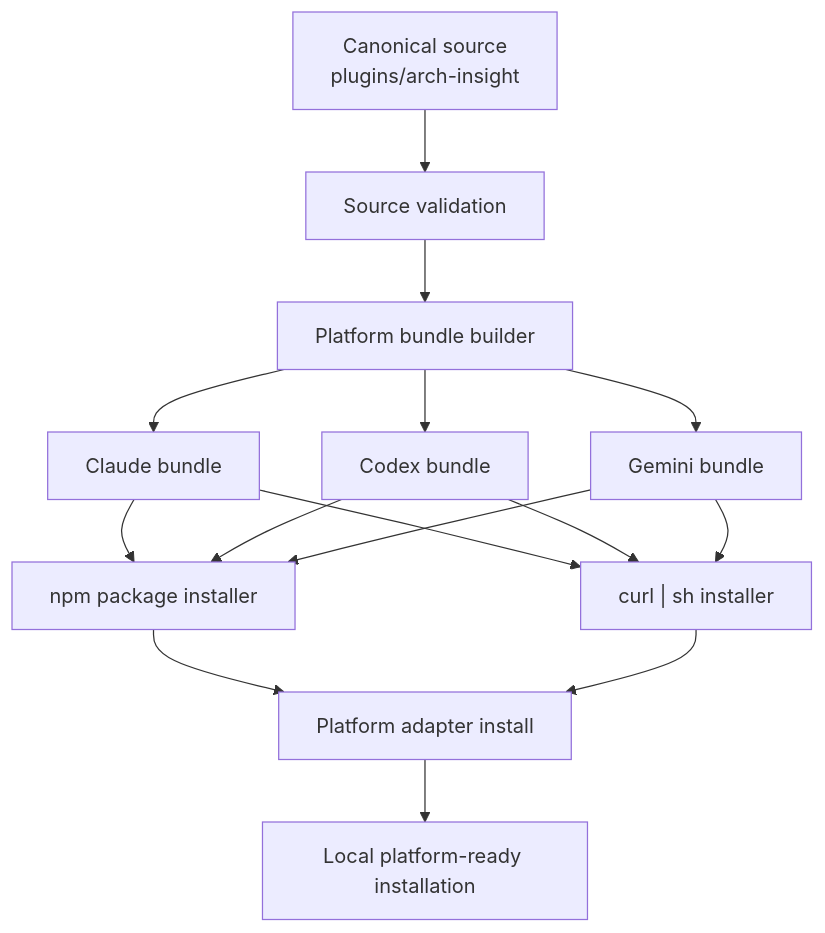
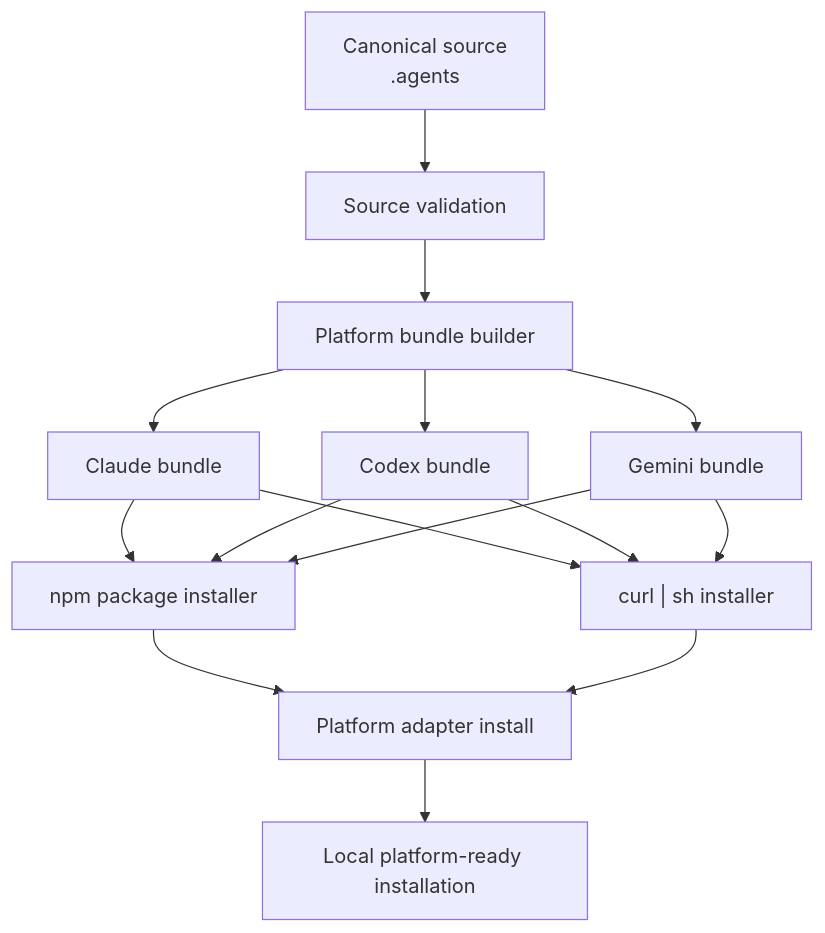
One commit to LienJack/arch-insight changed the diagram in docs/plans/2026-05-06-001-feat-multi-platform-skill-distribution-plan.md. Above: the diagram before and after it, drawn with Mermaid. The commit also changed other lines of this file and 53 other files, not shown here.

First line of the commit message:
refactor: migrate arch-insight to a single canonical skill source

````diff
--- a/docs/plans/2026-05-06-001-feat-multi-platform-skill-distribution-plan.md
+++ b/docs/plans/2026-05-06-001-feat-multi-platform-skill-distribution-plan.md
@@ -178,17 +178,17 @@
 ```mermaid
 flowchart TD
-    A["Canonical source<br/>plugins/arch-insight"] --> B["Source validation"]
+    A["Canonical source<br/>.agents"] --> B["Source validation"]
     B --> C["Platform bundle builder"]
     C --> D["Claude bundle"]
     C --> E["Codex bundle"]
     C --> F["Gemini bundle"]
     D --> G["npm package installer"]
     E --> G
     F --> G
     D --> H["curl | sh installer"]
     E --> H
     F --> H
     G --> I["Platform adapter install"]
     H --> I
     I --> J["Local platform-ready installation"]
 ```
````
